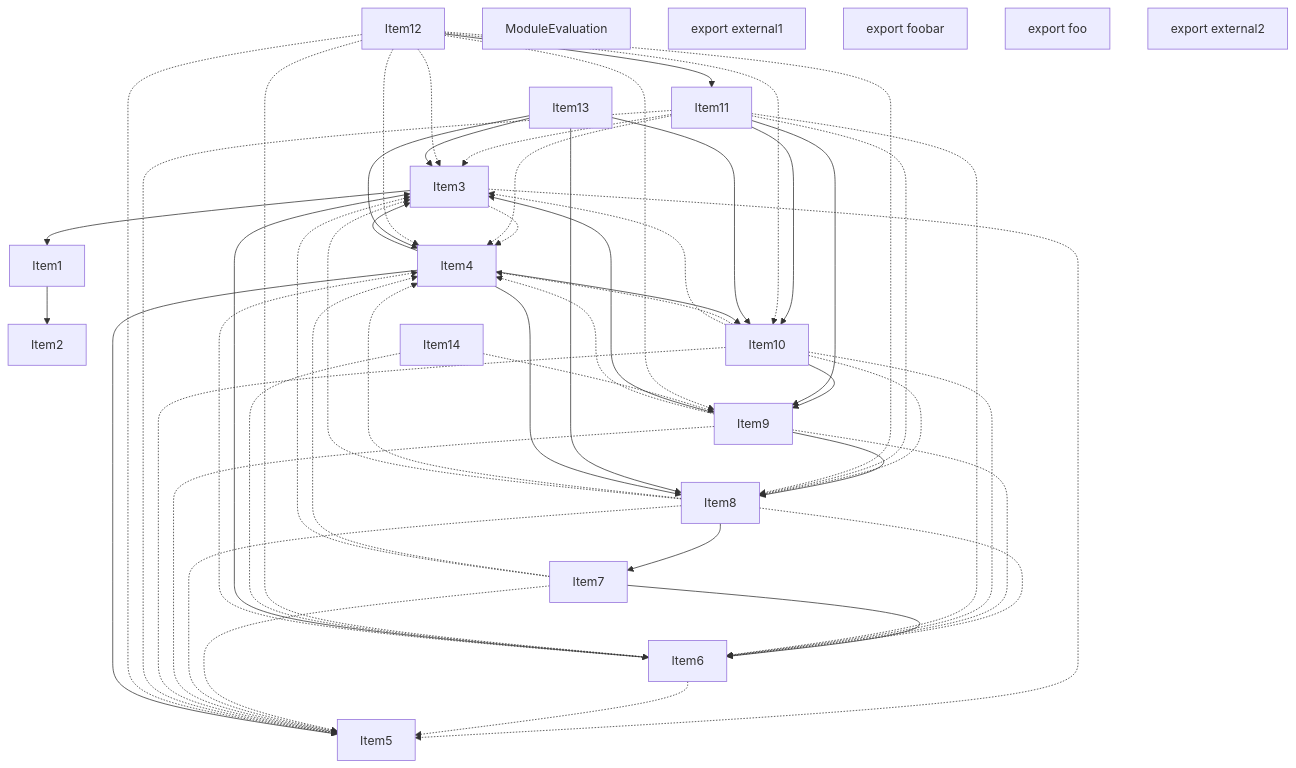
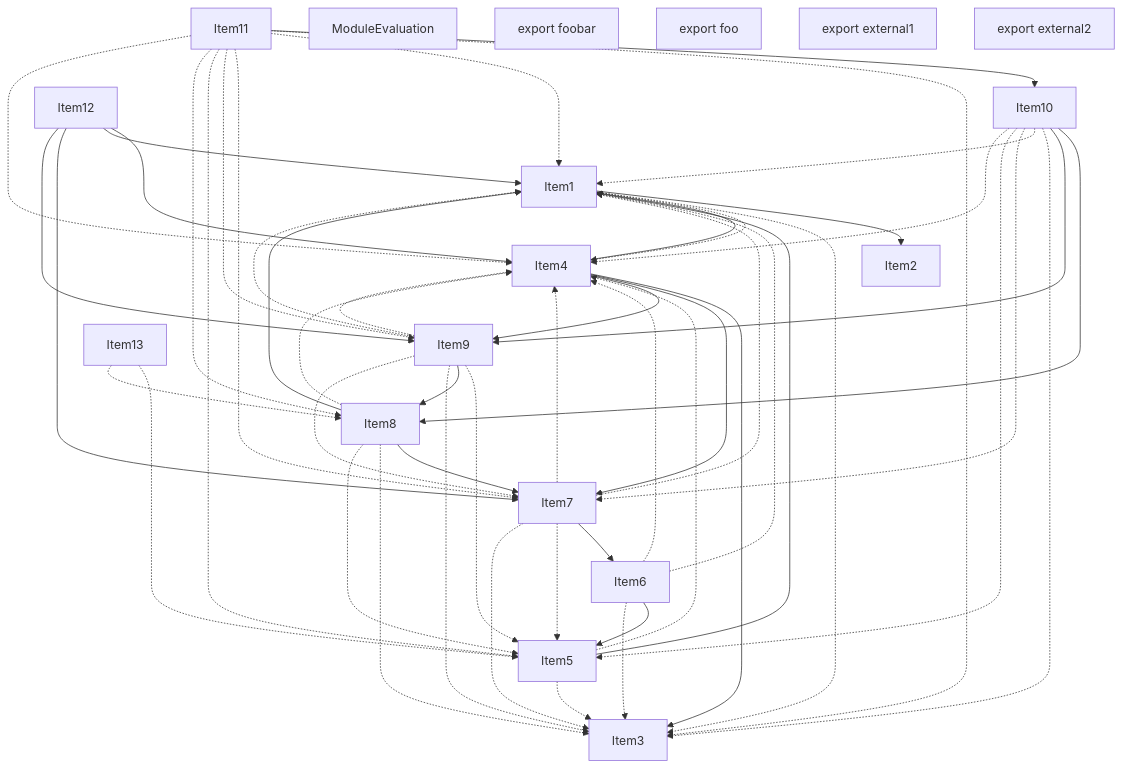
The third of 4 diagrams in crates/turbopack-ecmascript/tests/tree-shaker/analyzer/1/output.md (vercel/turborepo), drawn with Mermaid before and after one commit. The commit also changed other lines of this file and 1 other file, not shown here.

````diff
--- a/crates/turbopack-ecmascript/tests/tree-shaker/analyzer/1/output.md
+++ b/crates/turbopack-ecmascript/tests/tree-shaker/analyzer/1/output.md
@@ -252,79 +239,77 @@
 ```mermaid
 graph TD
     Item1;
     Item2;
     Item3;
     Item4;
     Item5;
     Item6;
     Item7;
     Item8;
     Item9;
     Item10;
     Item11;
     Item12;
     Item13;
     Item14;
+    Item14["ModuleEvaluation"];
     Item15;
-    Item15["ModuleEvaluation"];
+    Item15["export foobar"];
     Item16;
-    Item16["export external1"];
+    Item16["export foo"];
     Item17;
-    Item17["export foobar"];
+    Item17["export external1"];
     Item18;
-    Item18["export foo"];
-    Item19;
-    Item19["export external2"];
+    Item18["export external2"];
     Item1 --> Item2;
-    Item3 --> Item1;
-    Item3 -.-> Item4;
-    Item3 -.-> Item5;
-    Item6 --> Item3;
+    Item1 -.-> Item3;
+    Item1 -.-> Item4;
+    Item5 --> Item1;
+    Item5 -.-> Item3;
+    Item5 -.-> Item4;
+    Item6 --> Item5;
+    Item6 -.-> Item3;
+    Item6 -.-> Item1;
     Item6 -.-> Item4;
-    Item6 -.-> Item5;
     Item7 --> Item6;
+    Item7 -.-> Item5;
+    Item7 -.-> Item3;
+    Item7 -.-> Item1;
     Item7 -.-> Item4;
-    Item7 -.-> Item3;
-    Item7 -.-> Item5;
+    Item8 --> Item1;
     Item8 --> Item7;
-    Item8 -.-> Item6;
-    Item8 -.-> Item4;
     Item8 -.-> Item3;
     Item8 -.-> Item5;
-    Item9 --> Item3;
+    Item8 -.-> Item4;
+    Item9 -.-> Item5;
     Item9 --> Item8;
+    Item9 -.-> Item3;
+    Item9 -.-> Item1;
+    Item9 -.-> Item7;
     Item9 -.-> Item4;
-    Item9 -.-> Item6;
-    Item9 -.-> Item5;
-    Item10 -.-> Item6;
+    Item10 --> Item8;
     Item10 --> Item9;
+    Item10 -.-> Item3;
+    Item10 -.-> Item1;
+    Item10 -.-> Item7;
+    Item10 -.-> Item5;
     Item10 -.-> Item4;
-    Item10 -.-> Item3;
-    Item10 -.-> Item8;
-    Item10 -.-> Item5;
-    Item11 --> Item9;
     Item11 --> Item10;
+    Item11 -.-> Item3;
+    Item11 -.-> Item1;
+    Item11 -.-> Item7;
+    Item11 -.-> Item9;
+    Item11 -.-> Item5;
+    Item11 -.-> Item8;
     Item11 -.-> Item4;
-    Item11 -.-> Item3;
-    Item11 -.-> Item8;
-    Item11 -.-> Item6;
-    Item11 -.-> Item5;
-    Item12 --> Item11;
-    Item12 -.-> Item4;
-    Item12 -.-> Item3;
-    Item12 -.-> Item8;
-    Item12 -.-> Item10;
-    Item12 -.-> Item6;
-    Item12 -.-> Item9;
-    Item12 -.-> Item5;
-    Item13 --> Item4;
-    Item13 --> Item3;
-    Item13 --> Item8;
-    Item13 --> Item10;
-    Item4 --> Item5;
     Item4 --> Item3;
-    Item4 --> Item8;
-    Item4 --> Item10;
-    Item14 -.-> Item6;
-    Item14 -.-> Item9;
+    Item4 --> Item1;
+    Item4 --> Item7;
+    Item4 --> Item9;
+    Item12 --> Item4;
+    Item12 --> Item1;
+    Item12 --> Item7;
+    Item12 --> Item9;
+    Item13 -.-> Item5;
+    Item13 -.-> Item8;
 ```
````
